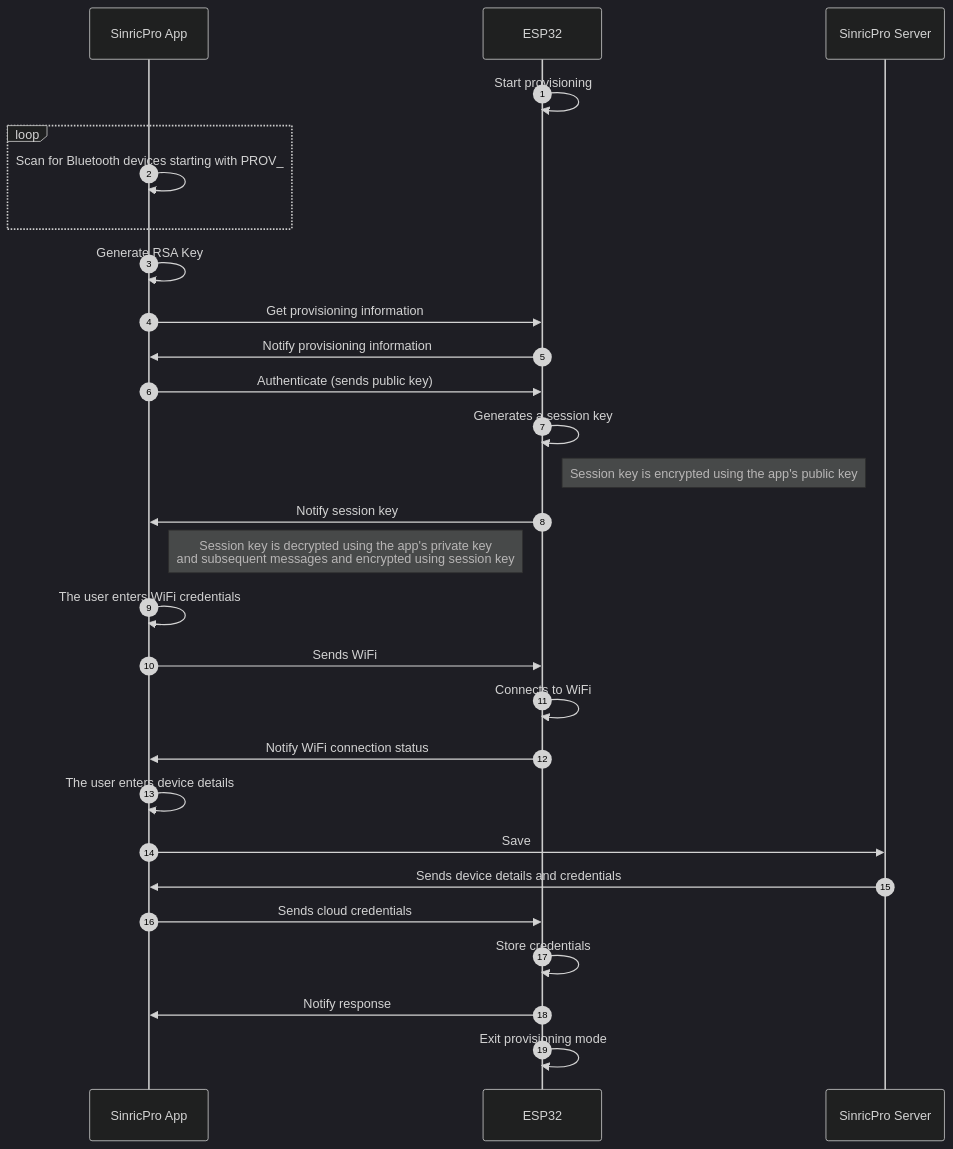
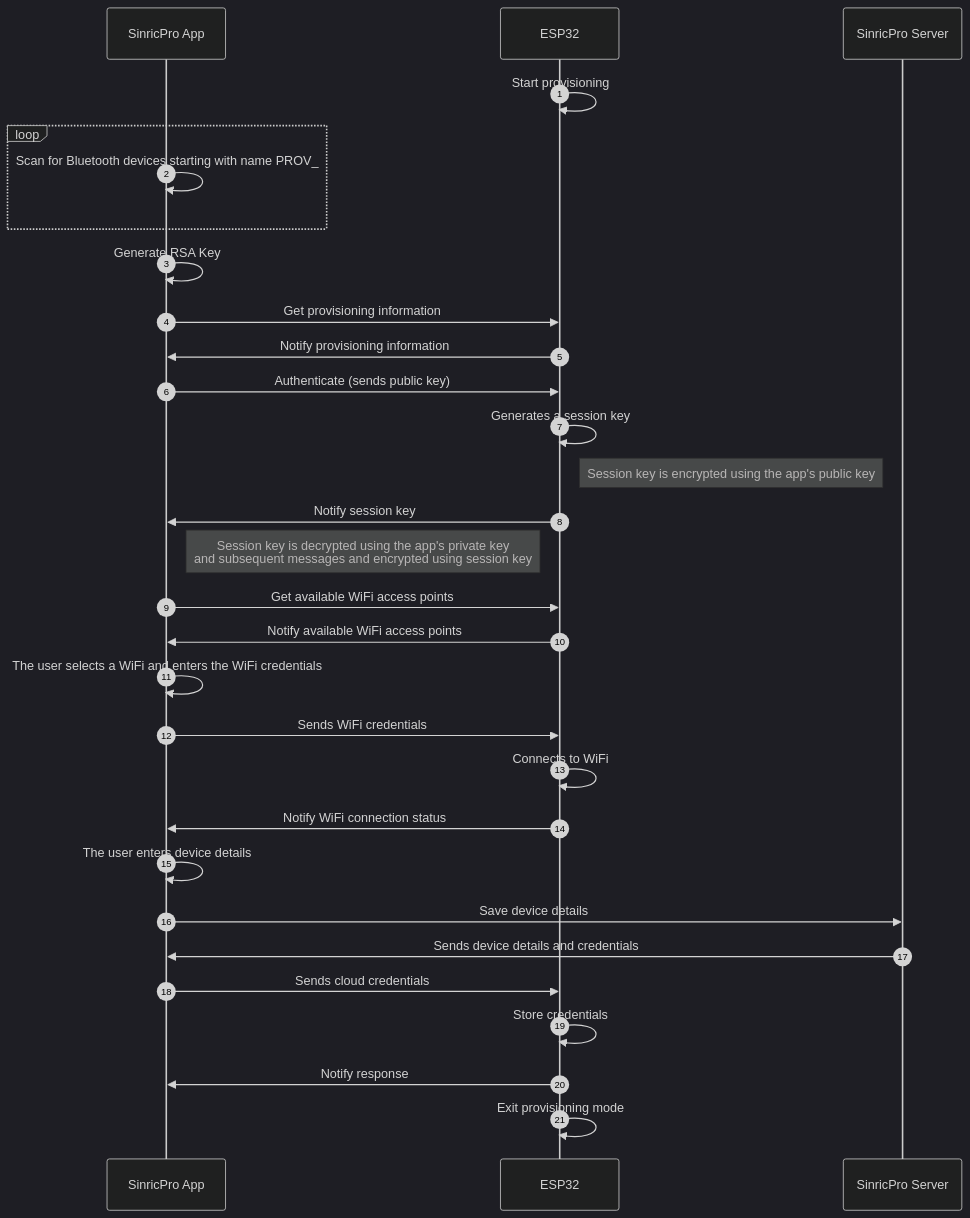
Before and after one commit to sinricpro/esp32-business-sdk: the diagram in README.md, drawn with Mermaid (dark theme).

````diff
--- a/README.md
+++ b/README.md
@@ -3,32 +3,34 @@
 ```mermaid
 sequenceDiagram
   autonumber
   participant srpa as SinricPro App
   participant esp32 as ESP32
   participant srps as SinricPro Server
   esp32->>esp32: Start provisioning   
   loop
-    srpa->>srpa: Scan for Bluetooth devices starting with PROV_
+    srpa->>srpa: Scan for Bluetooth devices starting with name PROV_
   end 
   srpa->>srpa: Generate RSA Key   
   srpa->>esp32: Get provisioning information
   esp32->>srpa: Notify provisioning information
   srpa->>esp32: Authenticate (sends public key)
   esp32->>esp32: Generates a session key
   Note right of esp32:  Session key is encrypted using the app's public key
   esp32->>srpa: Notify session key
-  Note right of srpa:  Session key is decrypted using the app's private key <br/> and subsequent messages and encrypted using session key
-  srpa->>srpa: The user enters WiFi credentials
-  srpa->>esp32: Sends WiFi
+  Note right of srpa: Session key is decrypted using the app's private key <br/> and subsequent messages and encrypted using session key
+  srpa->>esp32: Get available WiFi access points
+  esp32->>srpa: Notify available WiFi access points
+  srpa->>srpa: The user selects a WiFi and enters the WiFi credentials
+  srpa->>esp32: Sends WiFi credentials
   esp32->>esp32: Connects to WiFi
   esp32->>srpa: Notify WiFi connection status
   srpa->>srpa: The user enters device details
-  srpa->>srps: Save 
+  srpa->>srps: Save device details
   srps->>srpa: Sends device details and credentials
   srpa->>esp32: Sends cloud credentials
   esp32->>esp32: Store credentials
   esp32->>srpa: Notify response
   esp32->>esp32: Exit provisioning mode
 
   %% https://mermaid.js.org/syntax/sequenceDiagram.html
 ```
````
